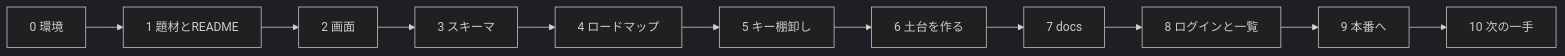
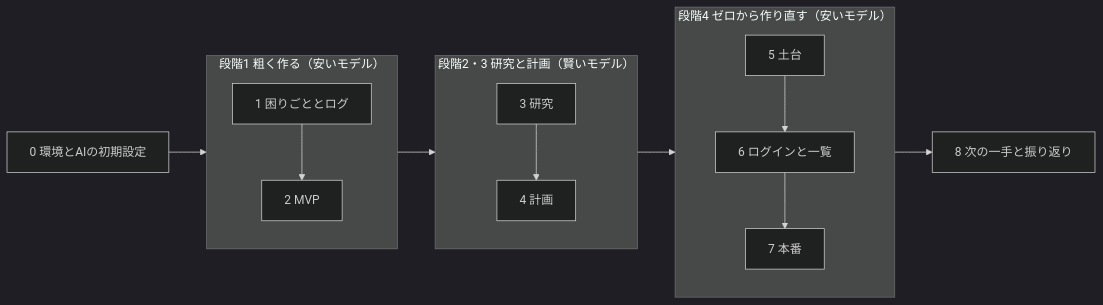
Before and after one commit to sento-group-inc/Aigassyuku07: the diagram in kit/docs/guide-steps.md, drawn with Mermaid (dark theme). The commit also changed other lines of this file and 47 other files, not shown here.

First line of the commit message:
feat: 当日の流れを「粗く作る→研究→計画→ゼロから作り直す」の4段階へ変更し、AIの初期設定と開発ログを追加

````diff
--- a/kit/docs/guide-steps.md
+++ b/kit/docs/guide-steps.md
@@ -9,5 +9,14 @@
 ```mermaid
 flowchart LR
-  S0[0 環境] --> S1[1 題材とREADME] --> S2[2 画面] --> S3[3 スキーマ] --> S4[4 ロードマップ] --> S5[5 キー棚卸し]
-  S5 --> S6[6 土台を作る] --> S7[7 docs] --> S8[8 ログインと一覧] --> S9[9 本番へ] --> S10[10 次の一手]
+  S0[0 環境とAIの初期設定] --> A
+  subgraph A["段階1 粗く作る（安いモデル）"]
+    S1[1 困りごととログ] --> S2[2 MVP]
+  end
+  subgraph B["段階2・3 研究と計画（賢いモデル）"]
+    S3[3 研究] --> S4[4 計画]
+  end
+  subgraph C["段階4 ゼロから作り直す（安いモデル）"]
+    S5[5 土台] --> S6[6 ログインと一覧] --> S7[7 本番]
+  end
+  A --> B --> C --> S8[8 次の一手と振り返り]
 ```
````
